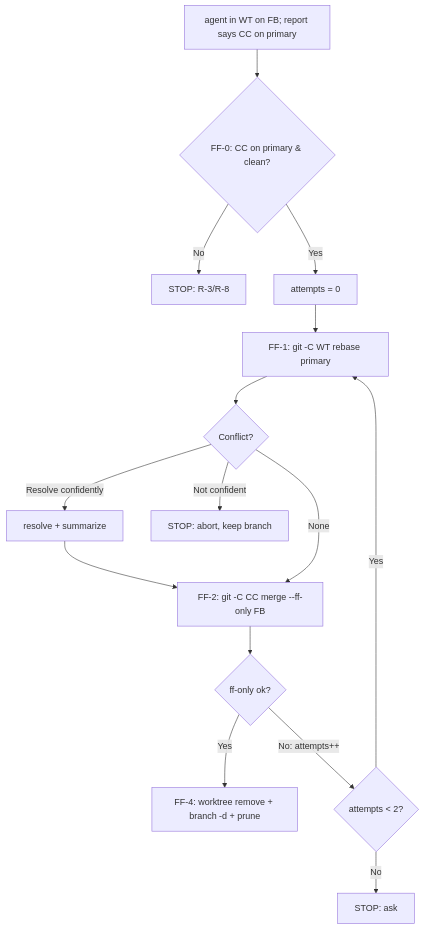
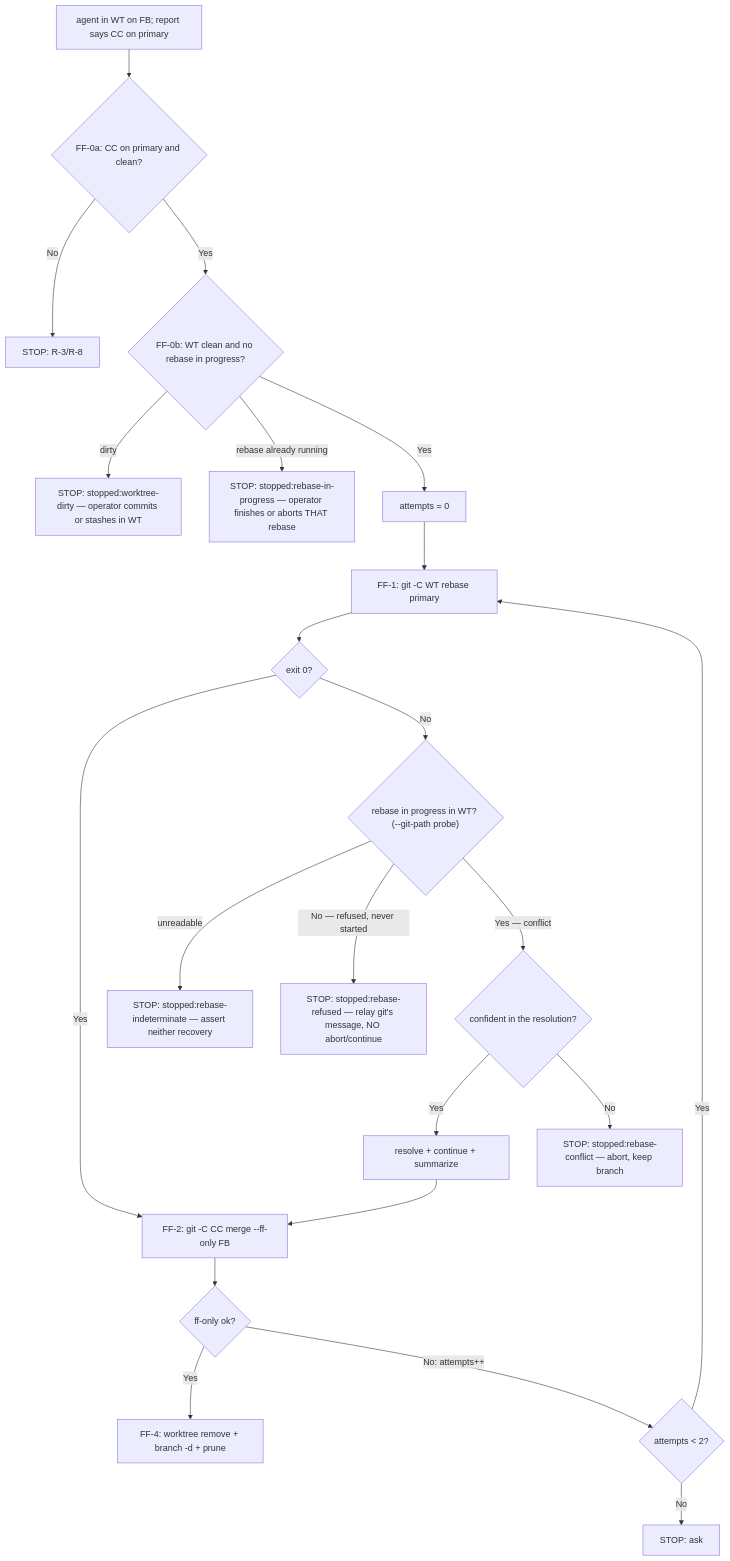
One commit to phillipgreenii/nix-agent-support changed the diagram in claude-marketplace/integrate-branch/skills/ff-merge-to-main/SKILL.md. Above: the diagram before and after it, drawn with Mermaid. The commit also changed other lines of this file, not shown here.

````diff
--- a/claude-marketplace/integrate-branch/skills/ff-merge-to-main/SKILL.md
+++ b/claude-marketplace/integrate-branch/skills/ff-merge-to-main/SKILL.md
@@ -134,16 +265,23 @@
 ```mermaid
 flowchart TD
-    A["agent in WT on FB; report says CC on primary"] --> F0{FF-0: CC on primary & clean?}
-    F0 -->|No| S0[STOP: R-3/R-8]
-    F0 -->|Yes| INIT["attempts = 0"]
+    A["agent in WT on FB; report says CC on primary"] --> F0A{"FF-0a: CC on primary and clean?"}
+    F0A -->|No| S0["STOP: R-3/R-8"]
+    F0A -->|Yes| F0B{"FF-0b: WT clean and no rebase in progress?"}
+    F0B -->|"dirty"| S3["STOP: stopped:worktree-dirty — operator commits or stashes in WT"]
+    F0B -->|"rebase already running"| S6["STOP: stopped:rebase-in-progress — operator finishes or aborts THAT rebase"]
+    F0B -->|Yes| INIT["attempts = 0"]
     INIT --> B["FF-1: git -C WT rebase primary"]
-    B --> C{Conflict?}
-    C -->|Resolve confidently| D[resolve + summarize] --> G
-    C -->|Not confident| S1[STOP: abort, keep branch]
-    C -->|None| G["FF-2: git -C CC merge --ff-only FB"]
-    G --> H{ff-only ok?}
+    B --> C{"exit 0?"}
+    C -->|Yes| G["FF-2: git -C CC merge --ff-only FB"]
+    C -->|No| P{"rebase in progress in WT? (--git-path probe)"}
+    P -->|"unreadable"| S4["STOP: stopped:rebase-indeterminate — assert neither recovery"]
+    P -->|"No — refused, never started"| S5["STOP: stopped:rebase-refused — relay git's message, NO abort/continue"]
+    P -->|"Yes — conflict"| C2{"confident in the resolution?"}
+    C2 -->|Yes| D["resolve + continue + summarize"] --> G
+    C2 -->|No| S1["STOP: stopped:rebase-conflict — abort, keep branch"]
+    G --> H{"ff-only ok?"}
     H -->|Yes| I["FF-4: worktree remove + branch -d + prune"]
-    H -->|"No: attempts++"| J{attempts < 2?}
+    H -->|"No: attempts++"| J{"attempts < 2?"}
     J -->|Yes| B
-    J -->|No| S2[STOP: ask]
+    J -->|No| S2["STOP: ask"]
 ```
````
